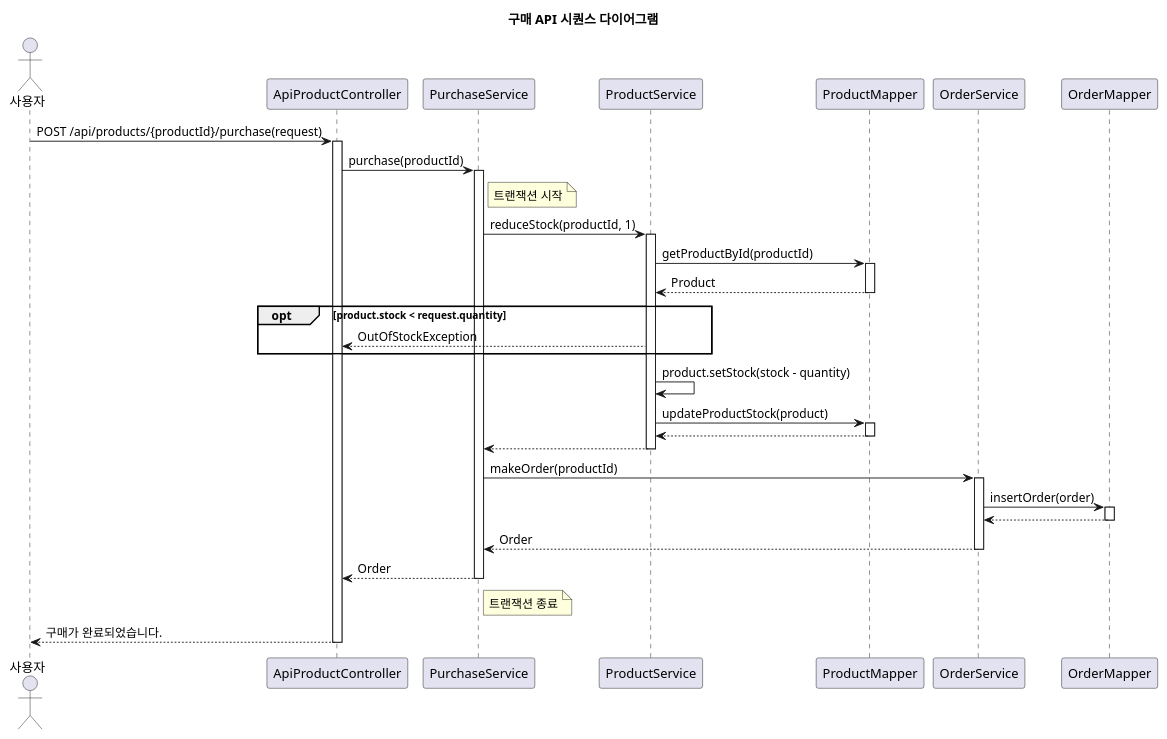
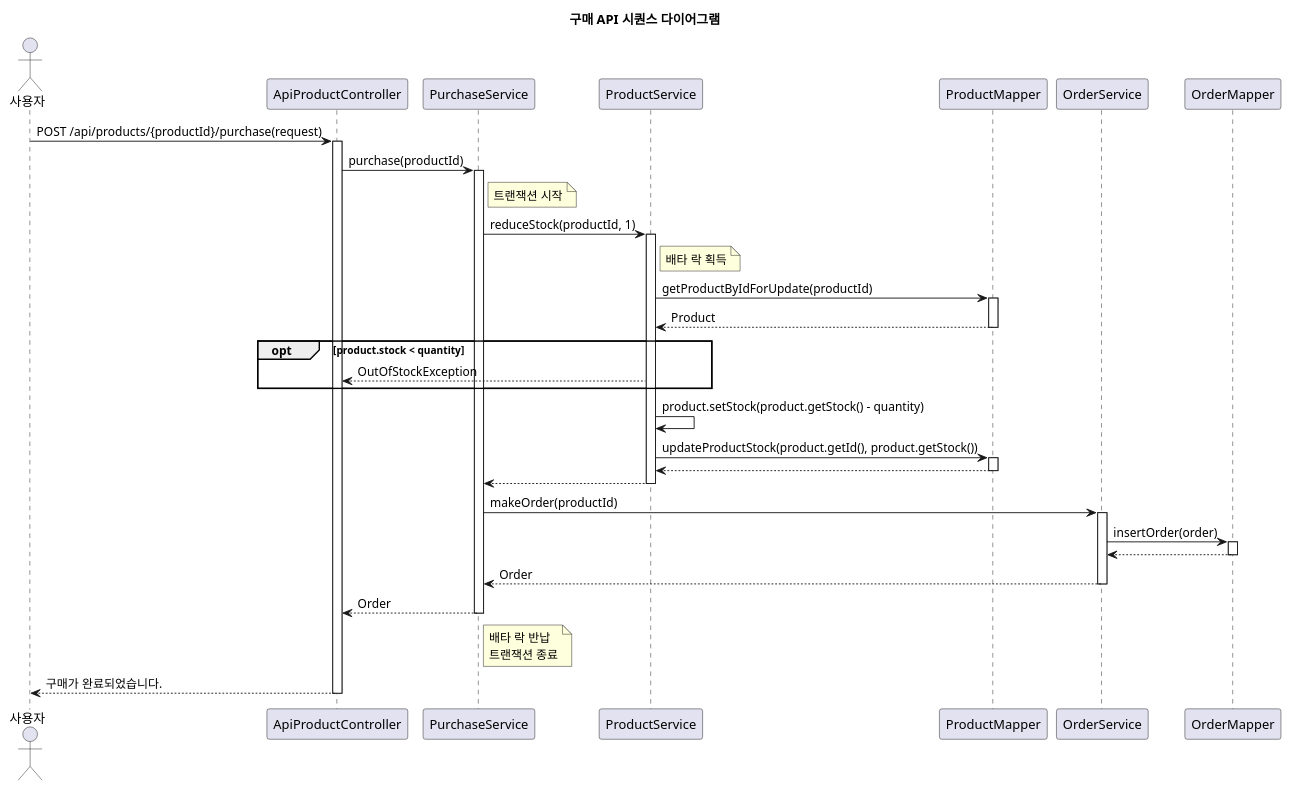
The diagram in docs/diagrams/Order.puml (siljae/shoppingmall), drawn with PlantUML before and after one commit. The commit also changed 7 other files, not shown here.

```diff
--- a/docs/diagrams/Order.puml
+++ b/docs/diagrams/Order.puml
@@ -1,57 +1,59 @@
 @startuml
 title 구매 API 시퀀스 다이어그램
 
 actor 사용자 as User
 participant "ApiProductController" as Controller
 participant "PurchaseService" as PurchaseService
 participant "ProductService" as ProductService
 participant "ProductMapper" as ProductMapper
 participant "OrderService" as OrderService
 participant "OrderMapper" as OrderMapper
 
 
 User -> Controller : POST /api/products/{productId}/purchase(request)
 activate Controller
 
+
 Controller -> PurchaseService : purchase(productId)
 note right of PurchaseService : 트랜잭션 시작
 activate PurchaseService
 
 PurchaseService -> ProductService : reduceStock(productId, 1)
 activate ProductService
 
-ProductService -> ProductMapper : getProductById(productId)
+note right of ProductService : 배타 락 획득
+ProductService -> ProductMapper : getProductByIdForUpdate(productId)
 activate ProductMapper
 ProductMapper --> ProductService : Product
 deactivate ProductMapper
 
-opt product.stock < request.quantity
+opt product.stock < quantity
 ProductService --> Controller : OutOfStockException
 end
 
-ProductService -> ProductService : product.setStock(stock - quantity)
-ProductService -> ProductMapper : updateProductStock(product)
+ProductService -> ProductService : product.setStock(product.getStock() - quantity)
+ProductService -> ProductMapper : updateProductStock(product.getId(), product.getStock())
 activate ProductMapper
 ProductMapper --> ProductService :
 deactivate ProductMapper
 
 ProductService --> PurchaseService
 deactivate ProductService
 
 PurchaseService -> OrderService : makeOrder(productId)
 activate OrderService
 OrderService -> OrderMapper : insertOrder(order)
 activate OrderMapper
 OrderMapper --> OrderService
 deactivate OrderMapper
 OrderService --> PurchaseService : Order
 deactivate OrderService
 
 PurchaseService --> Controller : Order
 deactivate PurchaseService
-note right of PurchaseService : 트랜잭션 종료
+note right of PurchaseService : 배타 락 반납\n트랜잭션 종료
 
 Controller --> User : 구매가 완료되었습니다.
 deactivate Controller
 
 @enduml
```
